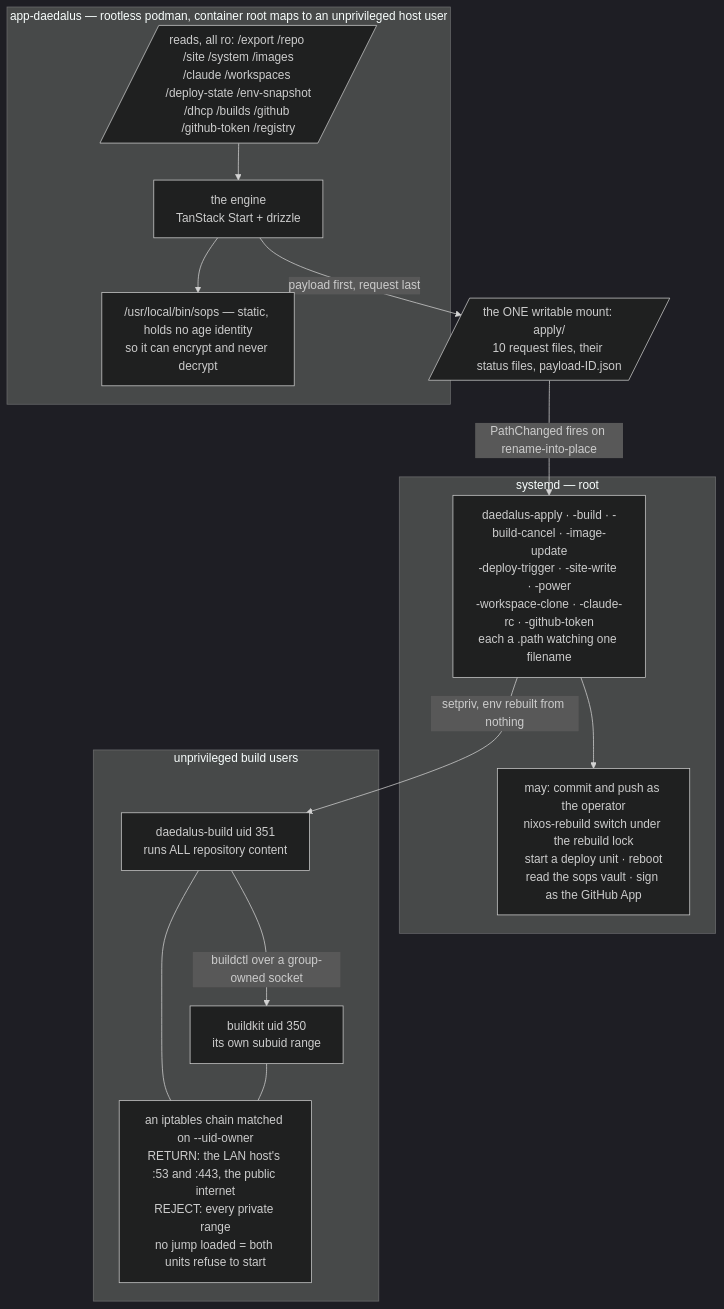
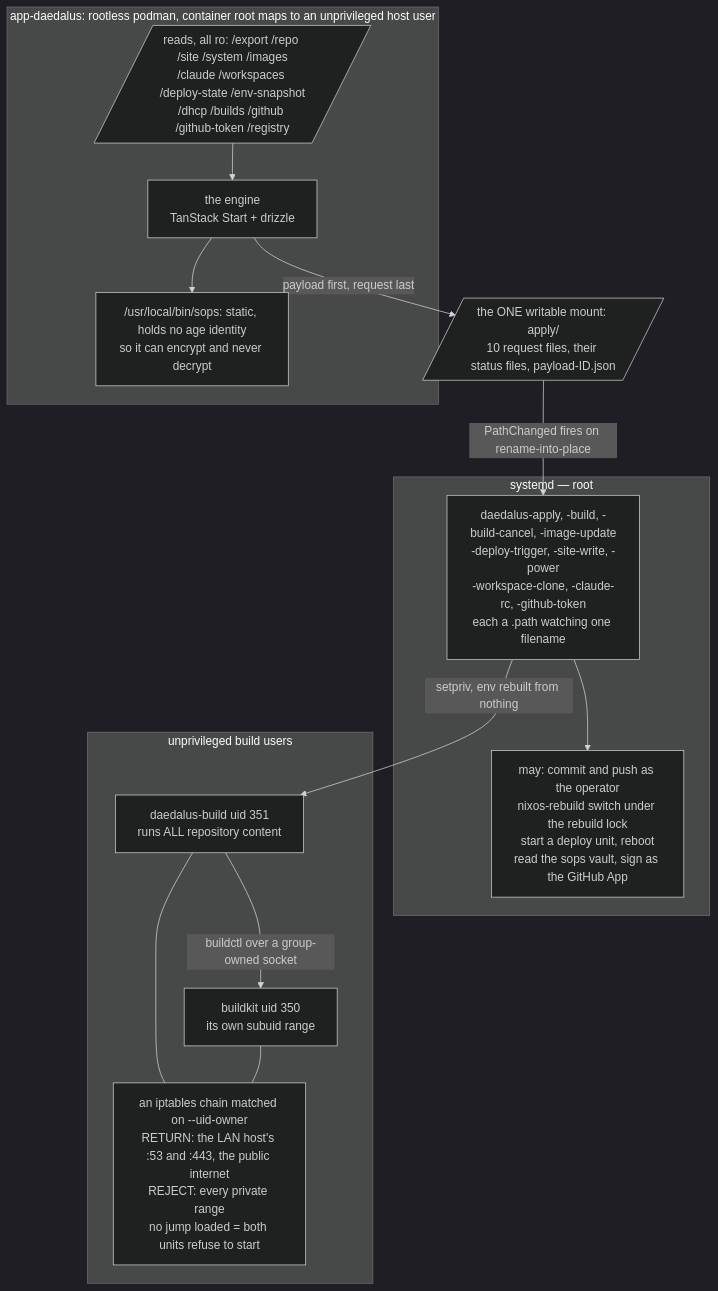
Before and after one commit to santiagotoscanini/daedalus: the second of 5 diagrams in ARCHITECTURE.md, drawn with Mermaid (dark theme). The commit also changed other lines of this file and 1 other file, not shown here.

First line of the commit message:
docs: fix Mermaid diagrams that fail on GitHub's renderer

````diff
--- a/ARCHITECTURE.md
+++ b/ARCHITECTURE.md
@@ -84,30 +84,30 @@
 ```mermaid
 flowchart TB
-  subgraph unpriv["app-daedalus — rootless podman, container root maps to an unprivileged host user"]
+  subgraph unpriv["app-daedalus: rootless podman, container root maps to an unprivileged host user"]
     Engine["the engine<br/>TanStack Start + drizzle"]
     Rd[/"reads, all ro: /export /repo /site /system /images<br/>/claude /workspaces /deploy-state /env-snapshot<br/>/dhcp /builds /github /github-token /registry"/]
-    Sops["/usr/local/bin/sops — static, holds no age identity<br/>so it can encrypt and never decrypt"]
+    Sops["/usr/local/bin/sops: static, holds no age identity<br/>so it can encrypt and never decrypt"]
   end
 
   Wr[/"the ONE writable mount: apply/<br/>10 request files, their status files, payload-ID.json"/]
 
   subgraph priv["systemd — root"]
-    P["daedalus-apply · -build · -build-cancel · -image-update<br/>-deploy-trigger · -site-write · -power<br/>-workspace-clone · -claude-rc · -github-token<br/>each a .path watching one filename"]
-    Caps["may: commit and push as the operator<br/>nixos-rebuild switch under the rebuild lock<br/>start a deploy unit · reboot<br/>read the sops vault · sign as the GitHub App"]
+    P["daedalus-apply, -build, -build-cancel, -image-update<br/>-deploy-trigger, -site-write, -power<br/>-workspace-clone, -claude-rc, -github-token<br/>each a .path watching one filename"]
+    Caps["may: commit and push as the operator<br/>nixos-rebuild switch under the rebuild lock<br/>start a deploy unit, reboot<br/>read the sops vault, sign as the GitHub App"]
   end
 
   subgraph fenced["unprivileged build users"]
     BU["daedalus-build uid 351<br/>runs ALL repository content"]
     BKU["buildkit uid 350<br/>its own subuid range"]
     Fence["an iptables chain matched on --uid-owner<br/>RETURN: the LAN host's :53 and :443, the public internet<br/>REJECT: every private range<br/>no jump loaded = both units refuse to start"]
   end
 
   Rd --> Engine
   Engine --> Sops
   Engine -- "payload first, request last" --> Wr
   Wr -- "PathChanged fires on rename-into-place" --> P --> Caps
   P -- "setpriv, env rebuilt from nothing" --> BU
   BU -- "buildctl over a group-owned socket" --> BKU
   BU --- Fence
   BKU --- Fence
 ```
````
